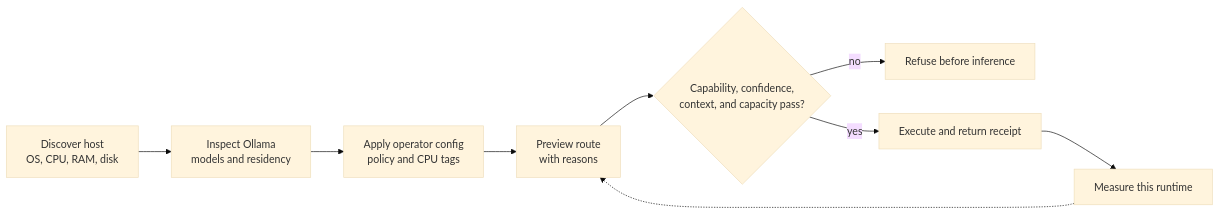
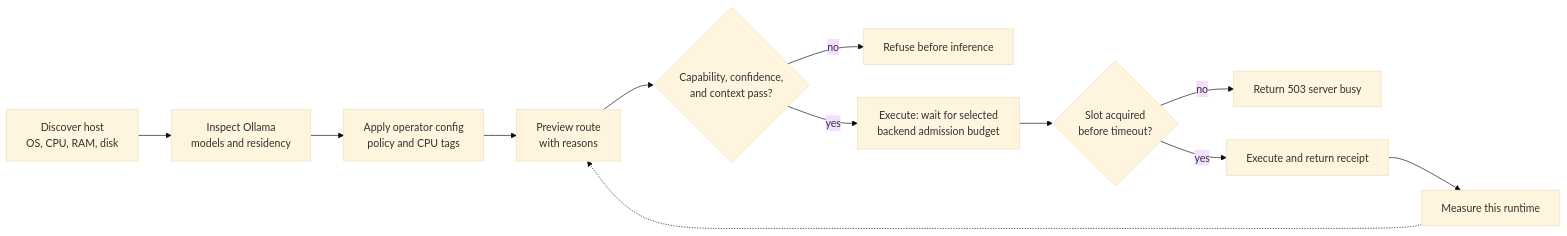
One commit to bgauryy/FreeLlama changed the fourth of 4 diagrams in README.md. Above: the diagram before and after it, drawn with Mermaid (base theme). The commit also changed other lines of this file and 77 other files, not shown here.

````diff
--- a/README.md
+++ b/README.md
@@ -423,11 +571,14 @@
 ```mermaid
 flowchart LR
     H["Discover host<br/>OS, CPU, RAM, disk"] --> O["Inspect Ollama<br/>models and residency"]
     O --> C["Apply operator config<br/>policy and CPU tags"]
     C --> P["Preview route<br/>with reasons"]
-    P --> X{"Capability, confidence,<br/>context, and capacity pass?"}
+    P --> X{"Capability, confidence,<br/>and context pass?"}
     X -->|"no"| N["Refuse before inference"]
-    X -->|"yes"| E["Execute and return receipt"]
+    X -->|"yes"| A["Execute: wait for selected<br/>backend admission budget"]
+    A --> Q{"Slot acquired<br/>before timeout?"}
+    Q -->|"no"| BUSY["Return 503 server busy"]
+    Q -->|"yes"| E["Execute and return receipt"]
     E --> F["Measure this runtime"]
     F -.-> P
 ```
````
